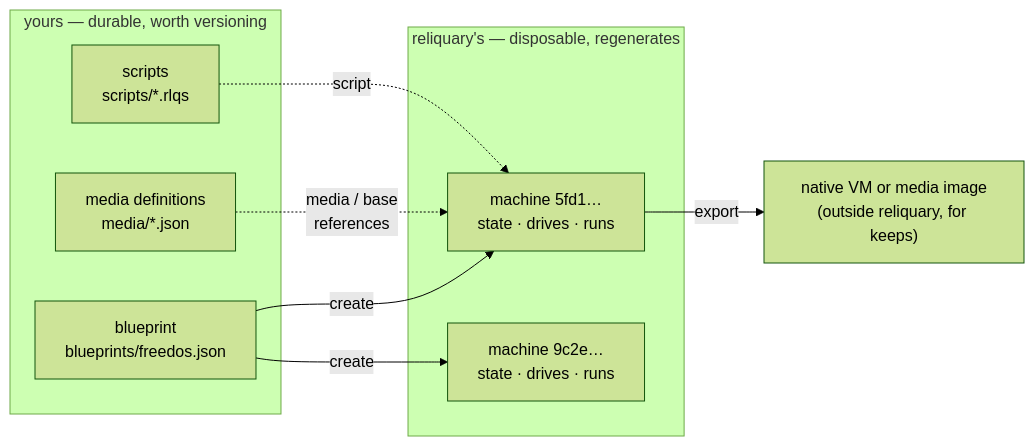
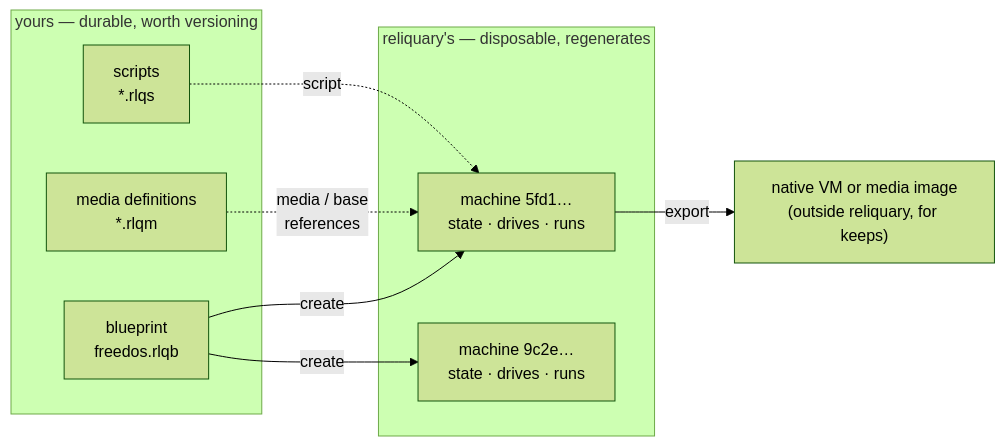
The first of 2 diagrams in docs/machine-blueprint.md (ferroteca/reliquary), drawn with Mermaid (forest theme) before and after one commit. The commit also changed other lines of this file and 14 other files, not shown here.

````diff
--- a/docs/machine-blueprint.md
+++ b/docs/machine-blueprint.md
@@ -28,17 +28,17 @@
 ```mermaid
 flowchart LR
     subgraph yours["yours — durable, worth versioning"]
-        BP["blueprint<br/>blueprints/freedos.json"]
-        MED["media definitions<br/>media/*.json"]
-        SCR["scripts<br/>scripts/*.rlqs"]
+        BP["blueprint<br/>freedos.rlqb"]
+        MED["media definitions<br/>*.rlqm"]
+        SCR["scripts<br/>*.rlqs"]
     end
     subgraph reliquarys["reliquary's — disposable, regenerates"]
         M1["machine 5fd1…<br/>state · drives · runs"]
         M2["machine 9c2e…<br/>state · drives · runs"]
     end
     BP -- "create" --> M1
     BP -- "create" --> M2
     MED -. "media / base<br/>references" .-> M1
     SCR -. "script" .-> M1
     M1 -- "export" --> OUT["native VM or media image<br/>(outside reliquary, for keeps)"]
 ```
````
